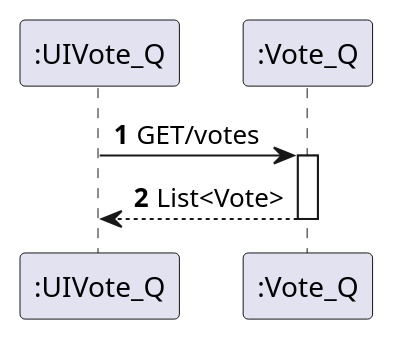
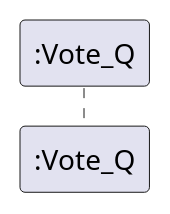
The diagram in Vote1_Q/Documentação/N2/getAllVotes.puml (1201441BrunoPereira/Trabalho2Votes), drawn with PlantUML before and after one commit. The commit also changed 8 other files, not shown here.

Commit message:
Atualização Diagramas

```diff
--- a/Vote1_Q/Documentação/N2/getAllVotes.puml
+++ b/Vote1_Q/Documentação/N2/getAllVotes.puml
@@ -1,12 +1,9 @@
 @startuml
 'https://plantuml.com/sequence-diagram
 
 autoactivate on
 autonumber
 
-participant ":UIVote_Q" as vote
-participant ":Vote_Q" as vote1
+participant ":Vote_Q" as vote
 
-vote -> vote1: GET/votes
-vote1 --> vote: List<Vote>
 @enduml
```
